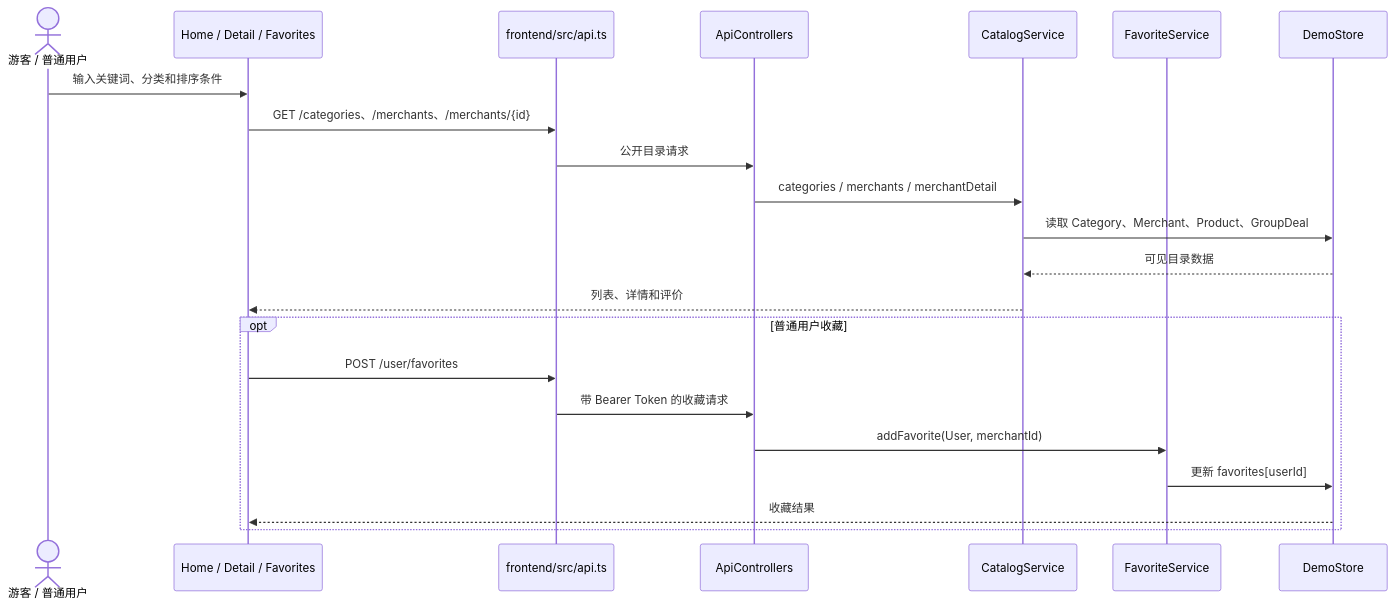
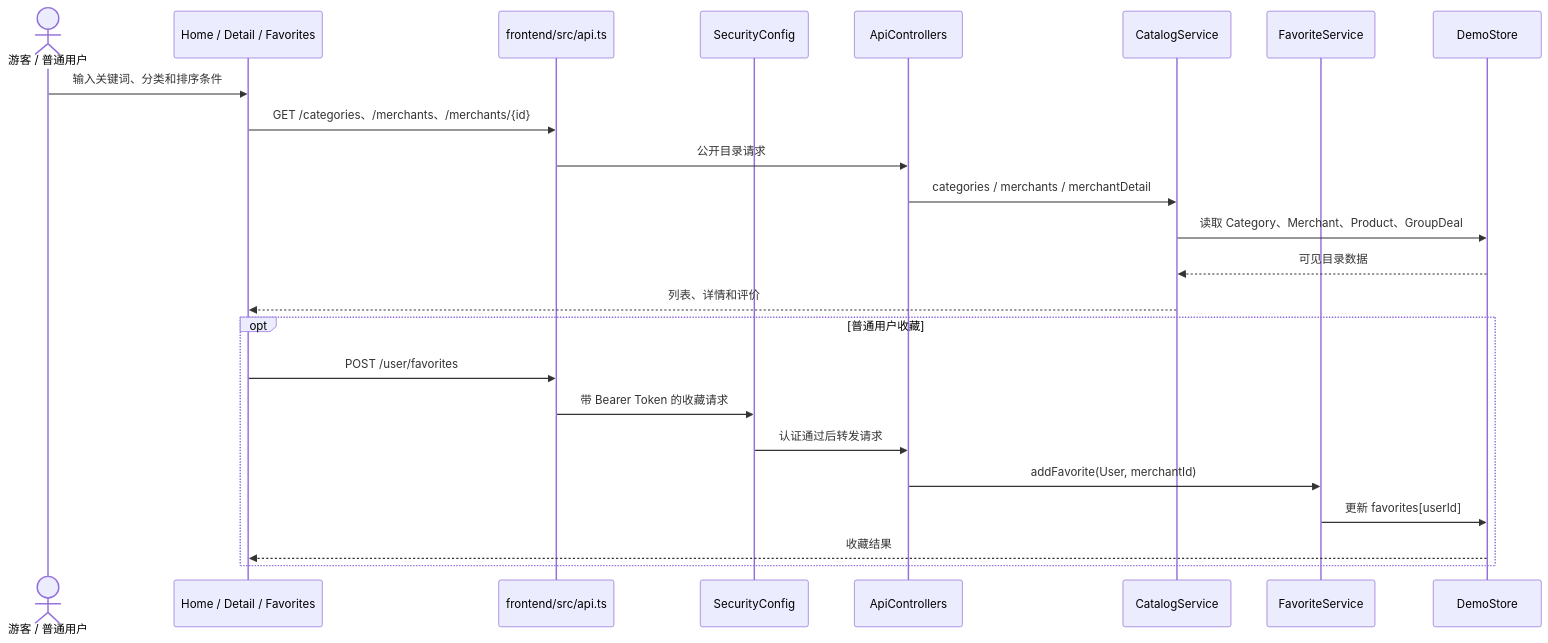
One commit to daihao007/Lumalife changed the second of 3 diagrams in docs/diagrams/d03/CR-02-三层模型.md. Above: the diagram before and after it, drawn with Mermaid. The commit also changed other lines of this file and 25 other files, not shown here.

````diff
--- a/docs/diagrams/d03/CR-02-三层模型.md
+++ b/docs/diagrams/d03/CR-02-三层模型.md
@@ -25,24 +29,26 @@
 ```mermaid
 sequenceDiagram
     actor User as 游客 / 普通用户
     participant UI as Home / Detail / Favorites
     participant API as frontend/src/api.ts
+    participant Sec as SecurityConfig
     participant Ctrl as ApiControllers
     participant Catalog as CatalogService
     participant Fav as FavoriteService
     participant Store as DemoStore
     User->>UI: 输入关键词、分类和排序条件
     UI->>API: GET /categories、/merchants、/merchants/{id}
     API->>Ctrl: 公开目录请求
     Ctrl->>Catalog: categories / merchants / merchantDetail
     Catalog->>Store: 读取 Category、Merchant、Product、GroupDeal
     Store-->>Catalog: 可见目录数据
     Catalog-->>UI: 列表、详情和评价
     opt 普通用户收藏
         UI->>API: POST /user/favorites
-        API->>Ctrl: 带 Bearer Token 的收藏请求
+        API->>Sec: 带 Bearer Token 的收藏请求
+        Sec->>Ctrl: 认证通过后转发请求
         Ctrl->>Fav: addFavorite(User, merchantId)
         Fav->>Store: 更新 favorites[userId]
         Store-->>UI: 收藏结果
     end
 ```
````
